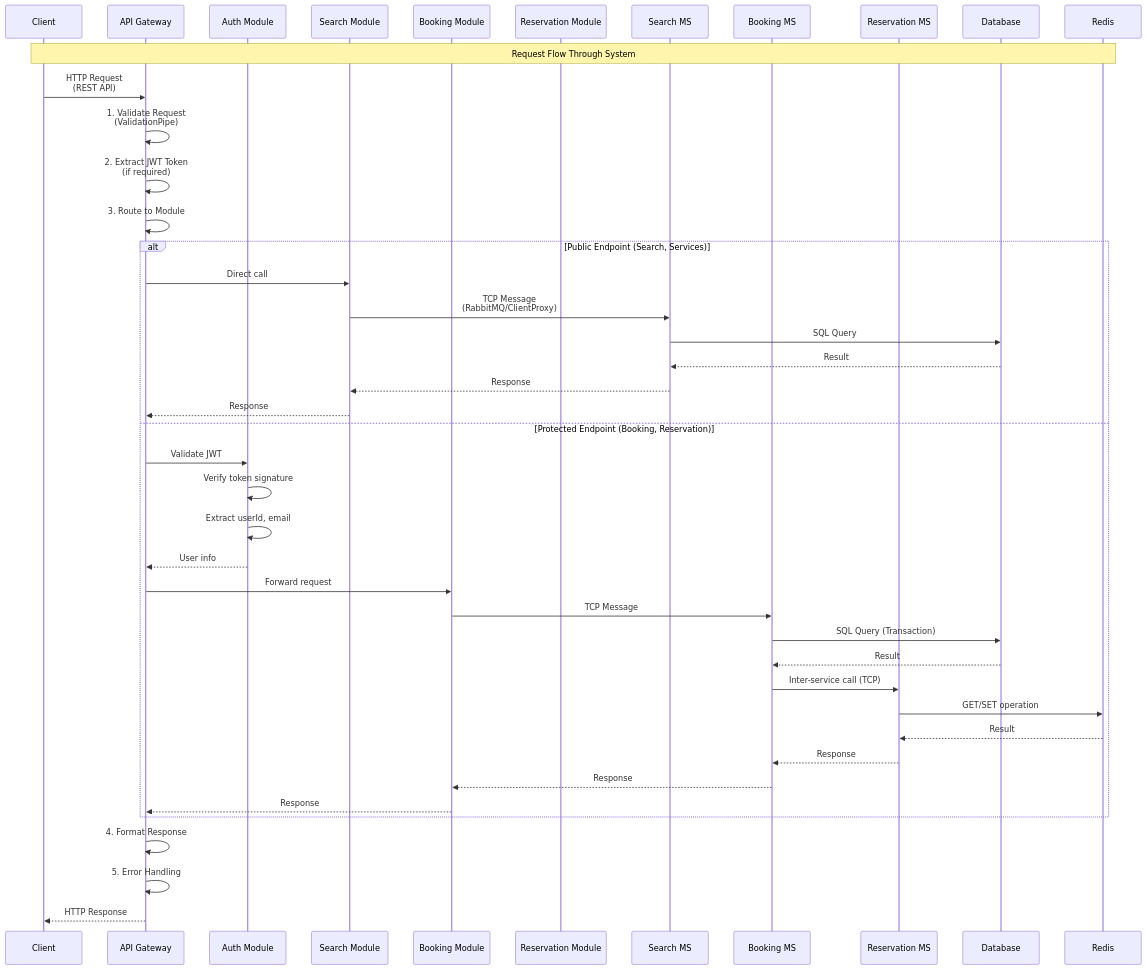
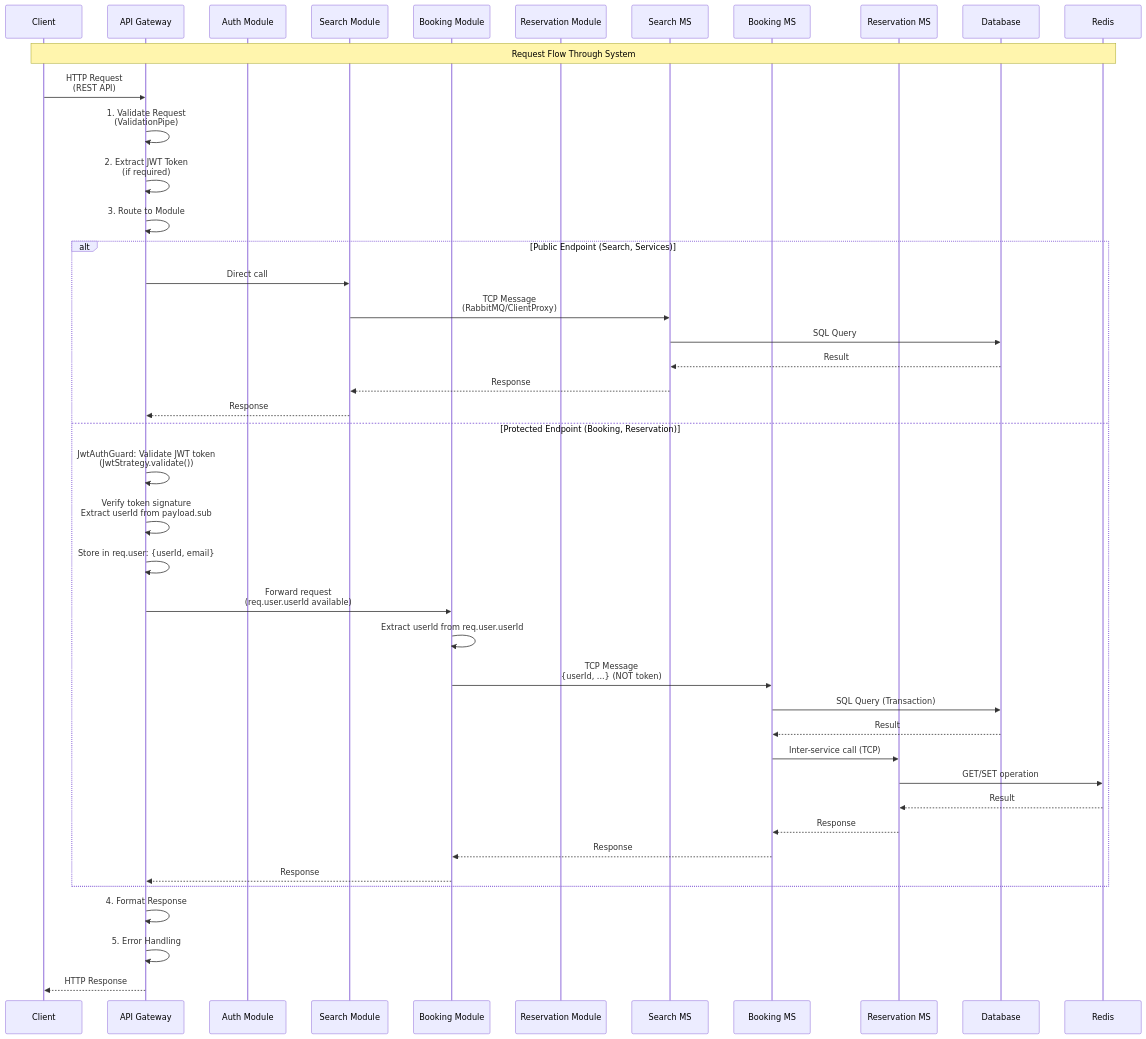
Before and after one commit to Wanderlust-Air-Travel/be-flight-booking: the second of 6 diagrams in docs/api/API_SEQUENCE_DIAGRAMS.md, drawn with Mermaid. The commit also changed other lines of this file and 17 other files, not shown here.

Commit message:
fix: update database port to 1434 in README and setup documentation, enhance API documentation with new JWT authentication pattern, reservation expiration validation, and passenger reuse best practices

````diff
--- a/docs/api/API_SEQUENCE_DIAGRAMS.md
+++ b/docs/api/API_SEQUENCE_DIAGRAMS.md
@@ -119,49 +121,49 @@
 ```mermaid
 sequenceDiagram
     participant Client
     participant API Gateway
     participant Auth Module
     participant Search Module
     participant Booking Module
     participant Reservation Module
     participant Search MS
     participant Booking MS
     participant Reservation MS
     participant Database
     participant Redis
 
     Note over Client,Redis: Request Flow Through System
 
     Client->>API Gateway: HTTP Request<br/>(REST API)
     API Gateway->>API Gateway: 1. Validate Request<br/>(ValidationPipe)
     API Gateway->>API Gateway: 2. Extract JWT Token<br/>(if required)
     API Gateway->>API Gateway: 3. Route to Module
 
     alt Public Endpoint (Search, Services)
         API Gateway->>Search Module: Direct call
         Search Module->>Search MS: TCP Message<br/>(RabbitMQ/ClientProxy)
         Search MS->>Database: SQL Query
         Database-->>Search MS: Result
         Search MS-->>Search Module: Response
         Search Module-->>API Gateway: Response
     else Protected Endpoint (Booking, Reservation)
-        API Gateway->>Auth Module: Validate JWT
-        Auth Module->>Auth Module: Verify token signature
-        Auth Module->>Auth Module: Extract userId, email
-        Auth Module-->>API Gateway: User info
-        API Gateway->>Booking Module: Forward request
-        Booking Module->>Booking MS: TCP Message
+        API Gateway->>API Gateway: JwtAuthGuard: Validate JWT token<br/>(JwtStrategy.validate())
+        API Gateway->>API Gateway: Verify token signature<br/>Extract userId from payload.sub
+        API Gateway->>API Gateway: Store in req.user: {userId, email}
+        API Gateway->>Booking Module: Forward request<br/>(req.user.userId available)
+        Booking Module->>Booking Module: Extract userId from req.user.userId
+        Booking Module->>Booking MS: TCP Message<br/>{userId, ...} (NOT token)
         Booking MS->>Database: SQL Query (Transaction)
         Database-->>Booking MS: Result
         Booking MS->>Reservation MS: Inter-service call (TCP)
         Reservation MS->>Redis: GET/SET operation
         Redis-->>Reservation MS: Result
         Reservation MS-->>Booking MS: Response
         Booking MS-->>Booking Module: Response
         Booking Module-->>API Gateway: Response
     end
 
     API Gateway->>API Gateway: 4. Format Response
     API Gateway->>API Gateway: 5. Error Handling
     API Gateway-->>Client: HTTP Response
 ```
````
